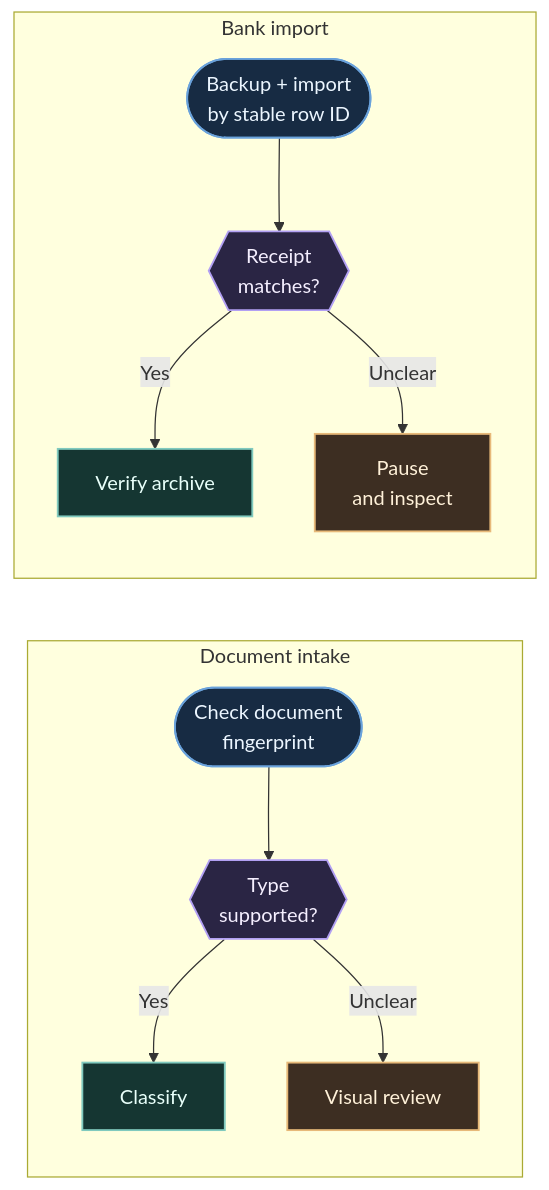
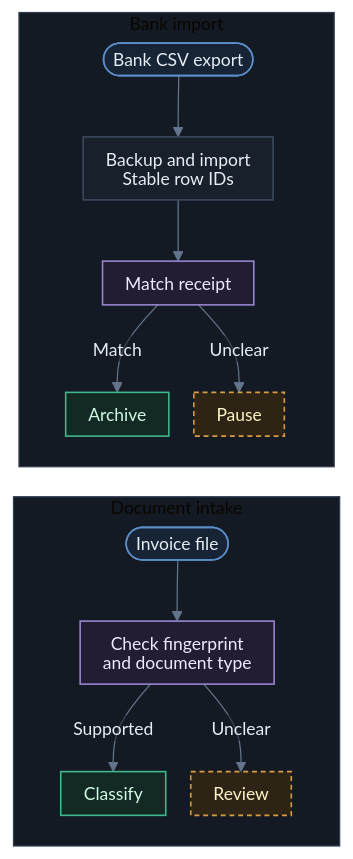
Before and after one commit to kazuall/finance-process-portfolio: the diagram in diagrams/bank-imports-compact.mmd, drawn with Mermaid. The commit also changed 12 other files, not shown here.

```diff
--- a/diagrams/bank-imports-compact.mmd
+++ b/diagrams/bank-imports-compact.mmd
@@ -1,19 +1,45 @@
+---
+config:
+  theme: base
+  htmlLabels: false
+  themeVariables:
+    darkMode: true
+    background: transparent
+    fontFamily: 'Inter, -apple-system, BlinkMacSystemFont, Segoe UI, sans-serif'
+    fontSize: '14px'
+    primaryTextColor: '#e6edf3'
+    lineColor: '#64748b'
+    textColor: '#e6edf3'
+    edgeLabelBackground: '#141a24'
+    clusterBkg: '#141a24'
+    clusterBorder: '#303d52'
+  flowchart:
+    htmlLabels: false
+    useMaxWidth: false
+    nodeSpacing: 20
+    rankSpacing: 24
+    padding: 9
+    diagramPadding: 10
+    curve: basis
+  themeCSS: 'text{font-family: Inter, "Segoe UI", Arial, sans-serif;}.node rect.label-container{rx:8px;ry:8px}.cluster rect{rx:8px;ry:8px}.edgeLabel .labelBkg{fill:#141a24 !important}.edgeLabel text{fill:#c5d2e4 !important}.cluster-label text{fill:#c5d2e4 !important;font-weight:600}'
+---
 flowchart TB
   subgraph bank["Bank import"]
     direction TB
-    file(["Backup + import<br/>by stable row ID"]):::feed --> receipt{{"Receipt<br/>matches?"}}:::check
-    receipt -->|Yes| done["Verify archive"]:::confirmed
-    receipt -->|Unclear| pause["Pause<br/>and inspect"]:::review
+    csv(["Bank CSV export"]):::source --> import["Backup and import<br/>Stable row IDs"]:::process
+    import --> receipt["Match receipt"]:::check
+    receipt -->|Match| archive["Archive"]:::output
+    receipt -->|Unclear| pause["Pause"]:::human
   end
-  subgraph admin["Document intake"]
+  subgraph docs["Document intake"]
     direction TB
-    doc(["Check document<br/>fingerprint"]):::feed --> check{{"Type<br/>supported?"}}:::check
-    check -->|Yes| classify["Classify"]:::confirmed
-    check -->|Unclear| review["Visual review"]:::review
+    file(["Invoice file"]):::source --> hash["Check fingerprint<br/>and document type"]:::check
+    hash -->|Supported| sort["Classify"]:::output
+    hash -->|Unclear| review["Review"]:::human
   end
-  bank ~~~ admin
-  classDef feed fill:#172b43,stroke:#6aa2db,stroke-width:1.5px,color:#ecf6ff
-  classDef data fill:#17293a,stroke:#537895,stroke-width:1.5px,color:#ebf5fd
-  classDef check fill:#2a2544,stroke:#b2a0f3,stroke-width:1.5px,color:#f5efff
-  classDef review fill:#3d2e22,stroke:#e7b979,stroke-width:1.5px,color:#fff1d9
-  classDef confirmed fill:#153632,stroke:#80cabe,stroke-width:1.5px,color:#e8fffa
+  bank ~~~ docs
+  classDef source fill:#162436,stroke:#5b8ec9,color:#e6edf3,stroke-width:1.25px
+  classDef process fill:#18202c,stroke:#3b4960,color:#e6edf3,stroke-width:1.25px
+  classDef check fill:#231d33,stroke:#9b87d4,color:#ede9fe,stroke-width:1.25px
+  classDef human fill:#2e2415,stroke:#d99b43,color:#fef3c7,stroke-width:1.25px,stroke-dasharray:4 3
+  classDef output fill:#132a24,stroke:#3fb98b,color:#d1fae5,stroke-width:1.25px
```
